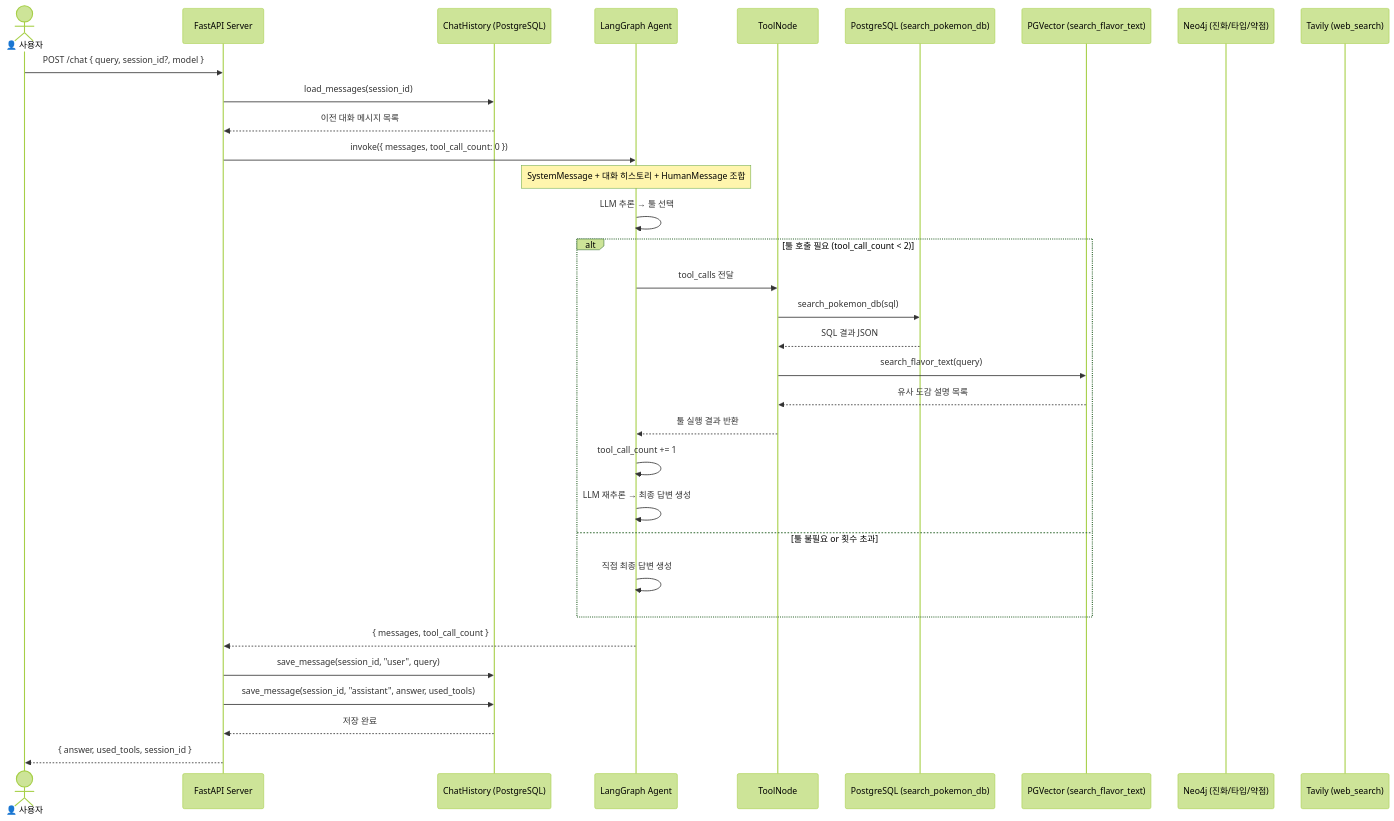
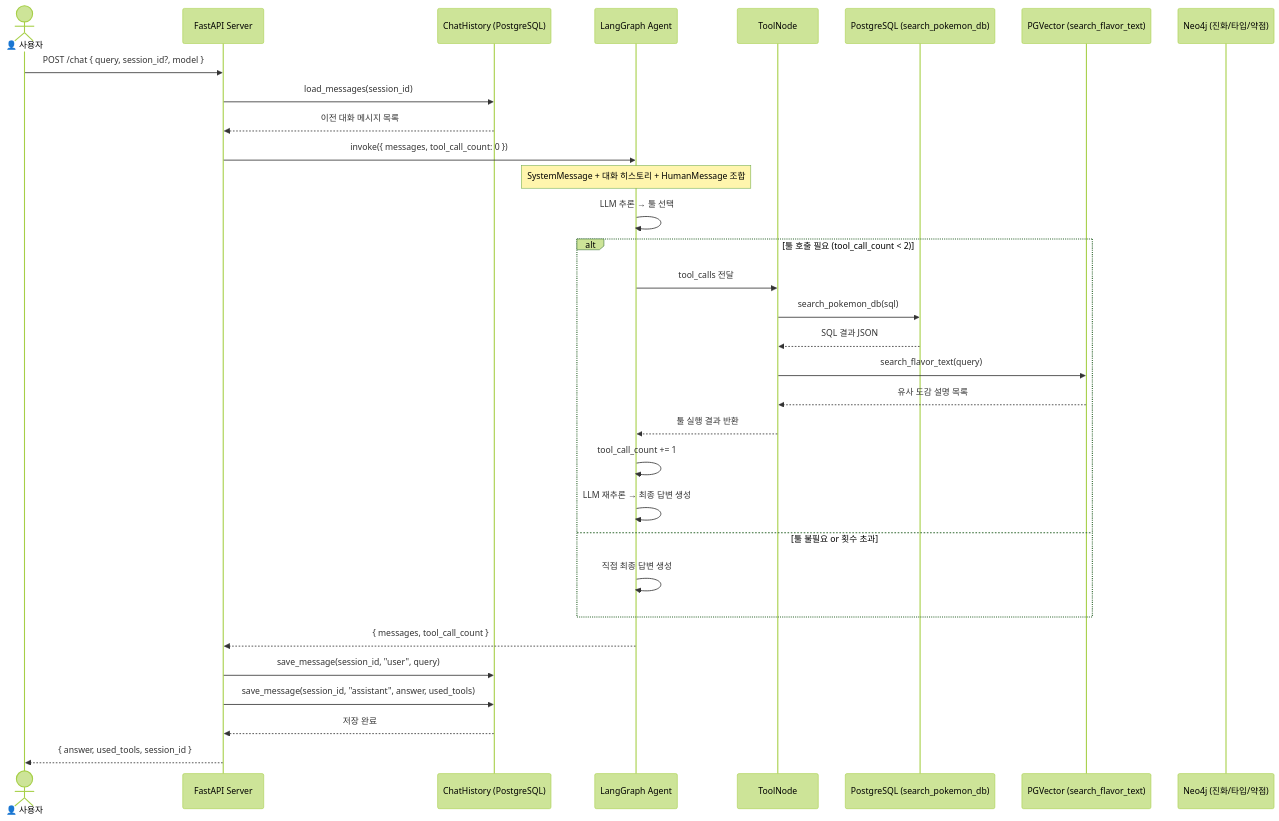
One commit to SKNETWORKS-FAMILY-AICAMP/SKN27-3rd-3TEAM changed the first of 7 diagrams in docs/챗봇/04_시퀀스다이어그램.md. Above: the diagram before and after it, drawn with Mermaid (forest theme). The commit also changed 5 other files, not shown here.

````diff
--- a/docs/챗봇/04_시퀀스다이어그램.md
+++ b/docs/챗봇/04_시퀀스다이어그램.md
@@ -12,41 +12,40 @@
 ```mermaid
 sequenceDiagram
     actor User as 👤 사용자
     participant API as FastAPI Server
     participant CH as ChatHistory (PostgreSQL)
     participant AG as LangGraph Agent
     participant TN as ToolNode
     participant PG as PostgreSQL (search_pokemon_db)
     participant VEC as PGVector (search_flavor_text)
     participant N4J as Neo4j (진화/타입/약점)
-    participant WEB as Tavily (web_search)
 
     User->>API: POST /chat { query, session_id?, model }
     API->>CH: load_messages(session_id)
     CH-->>API: 이전 대화 메시지 목록
 
     API->>AG: invoke({ messages, tool_call_count: 0 })
 
     Note over AG: SystemMessage + 대화 히스토리 + HumanMessage 조합
     AG->>AG: LLM 추론 → 툴 선택
 
     alt 툴 호출 필요 (tool_call_count < 2)
         AG->>TN: tool_calls 전달
         TN->>PG: search_pokemon_db(sql)
         PG-->>TN: SQL 결과 JSON
         TN->>VEC: search_flavor_text(query)
         VEC-->>TN: 유사 도감 설명 목록
         TN-->>AG: 툴 실행 결과 반환
         AG->>AG: tool_call_count += 1
         AG->>AG: LLM 재추론 → 최종 답변 생성
     else 툴 불필요 or 횟수 초과
         AG->>AG: 직접 최종 답변 생성
     end
 
     AG-->>API: { messages, tool_call_count }
     API->>CH: save_message(session_id, "user", query)
     API->>CH: save_message(session_id, "assistant", answer, used_tools)
     CH-->>API: 저장 완료
 
     API-->>User: { answer, used_tools, session_id }
 ```
````
